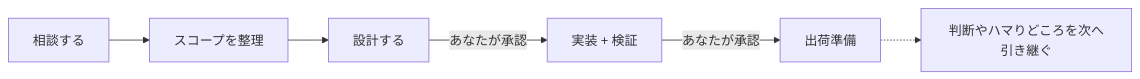
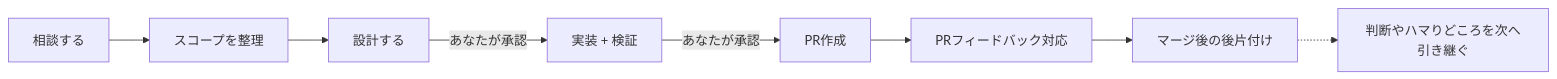
One commit to ELUNOX/mochiflow changed the diagram in README.ja.md. Above: the diagram before and after it, drawn with Mermaid. The commit also changed other lines of this file and 4 other files, not shown here.

First line of the commit message:
docs: document open/update/close flow and gitignored INDEX

````diff
--- a/README.ja.md
+++ b/README.ja.md
@@ -115,8 +115,10 @@
 ```mermaid
 flowchart LR
     A["相談する"] --> B["スコープを整理"]
     B --> C["設計する"]
     C -->|"あなたが承認"| D["実装 + 検証"]
-    D -->|"あなたが承認"| E["出荷準備"]
-    E -.-> F["判断やハマりどころを次へ引き継ぐ"]
+    D -->|"あなたが承認"| E["PR作成"]
+    E --> G["PRフィードバック対応"]
+    G --> H["マージ後の後片付け"]
+    H -.-> F["判断やハマりどころを次へ引き継ぐ"]
 ```
````
